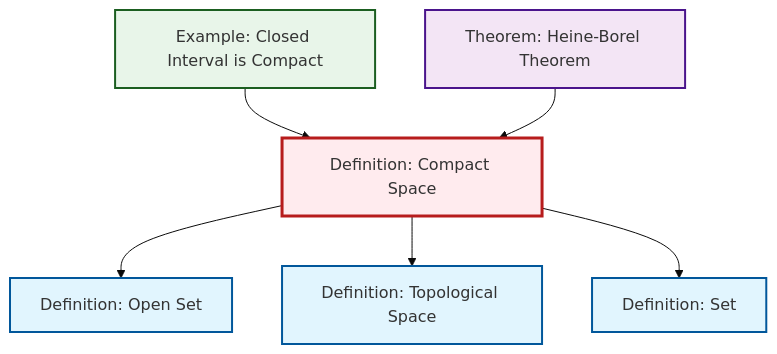
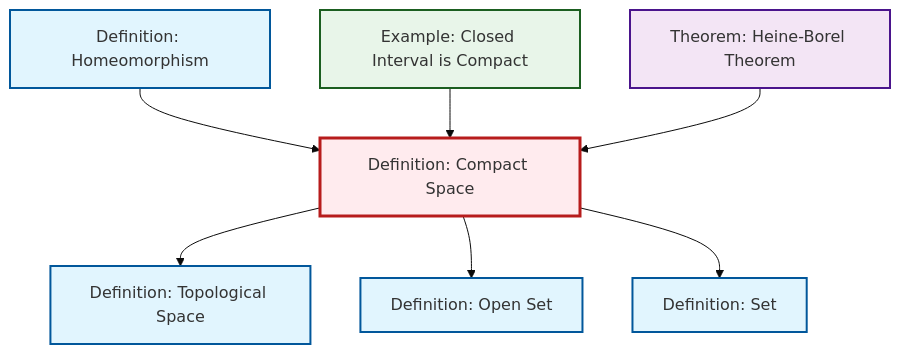
One commit to RK0429/ModernMath changed the diagram in content/en/topology/def-compact.qmd. Above: the diagram before and after it, drawn with Mermaid (base theme). The commit also changed 474 other files, not shown here.

````diff
--- a/content/en/topology/def-compact.qmd
+++ b/content/en/topology/def-compact.qmd
@@ -48,26 +48,29 @@
 ```{mermaid}
 %%| fig-cap: "Local dependency graph"
 graph TD
     classDef definition fill:#e1f5fe,stroke:#01579b,stroke-width:2px
     classDef theorem fill:#f3e5f5,stroke:#4a148c,stroke-width:2px
     classDef axiom fill:#fff3e0,stroke:#e65100,stroke-width:2px
     classDef example fill:#e8f5e9,stroke:#1b5e20,stroke-width:2px
     classDef current fill:#ffebee,stroke:#b71c1c,stroke-width:3px
+    ex-closed-interval-compact["Example: Closed Interval is Compact"]:::example
+    def-open-set["Definition: Open Set"]:::definition
     def-set["Definition: Set"]:::definition
+    def-homeomorphism["Definition: Homeomorphism"]:::definition
+    thm-heine-borel["Theorem: Heine-Borel Theorem"]:::theorem
     def-topological-space["Definition: Topological Space"]:::definition
-    ex-closed-interval-compact["Example: Closed Interval is Compact"]:::example
-    thm-heine-borel["Theorem: Heine-Borel Theorem"]:::theorem
-    def-open-set["Definition: Open Set"]:::definition
     def-compact["Definition: Compact Space"]:::definition
+    def-compact --> def-topological-space
     def-compact --> def-open-set
+    def-compact --> def-set
+    def-homeomorphism --> def-compact
     ex-closed-interval-compact --> def-compact
-    def-compact --> def-topological-space
     thm-heine-borel --> def-compact
-    def-compact --> def-set
     class def-compact current
+    click ex-closed-interval-compact "ex-closed-interval-compact.html" "Go to Closed Interval is Compact example"
+    click def-open-set "def-open-set.html" "Go to Open Set definition"
     click def-set "def-set.html" "Go to Set definition"
+    click def-homeomorphism "def-homeomorphism.html" "Go to Homeomorphism definition"
+    click thm-heine-borel "thm-heine-borel.html" "Go to Heine-Borel Theorem theorem"
     click def-topological-space "def-topological-space.html" "Go to Topological Space definition"
-    click ex-closed-interval-compact "ex-closed-interval-compact.html" "Go to Closed Interval is Compact example"
-    click thm-heine-borel "thm-heine-borel.html" "Go to Heine-Borel Theorem theorem"
-    click def-open-set "def-open-set.html" "Go to Open Set definition"
 ```
````
